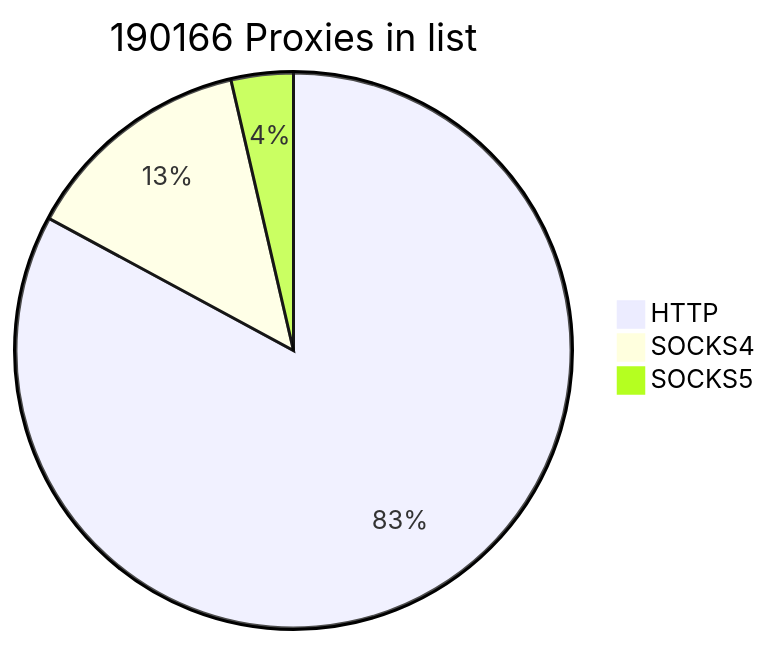
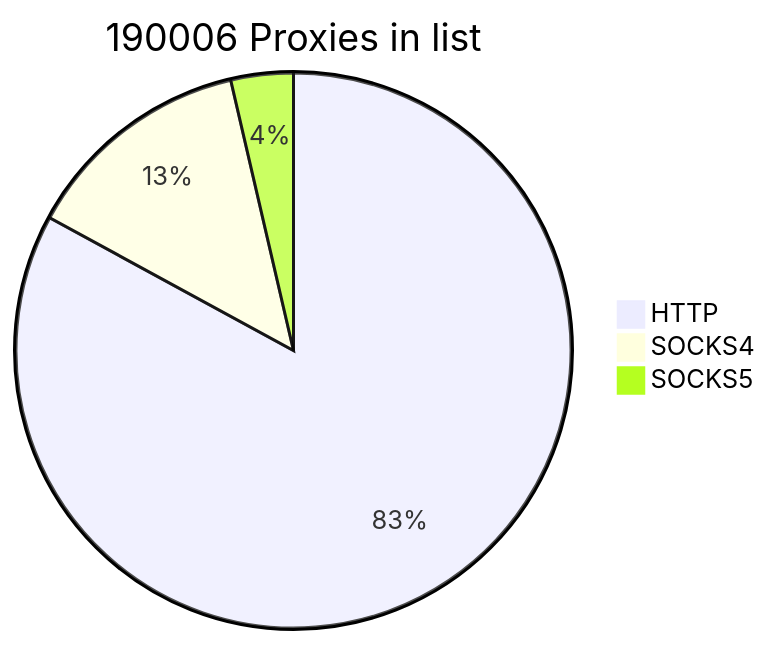
The first of 2 diagrams in README.md (cutipu/proxylist), drawn with Mermaid before and after one commit. The commit also changed other lines of this file, not shown here.

````diff
--- a/README.md
+++ b/README.md
@@ -2,7 +2,7 @@
 ```mermaid
-pie title 190166 Proxies in list
-    "HTTP" : 157620
-    "SOCKS4" : 25669
-    "SOCKS5" : 6877
+pie title 190006 Proxies in list
+    "HTTP" : 157583
+    "SOCKS4" : 25523
+    "SOCKS5" : 6900
             
 ```
````
